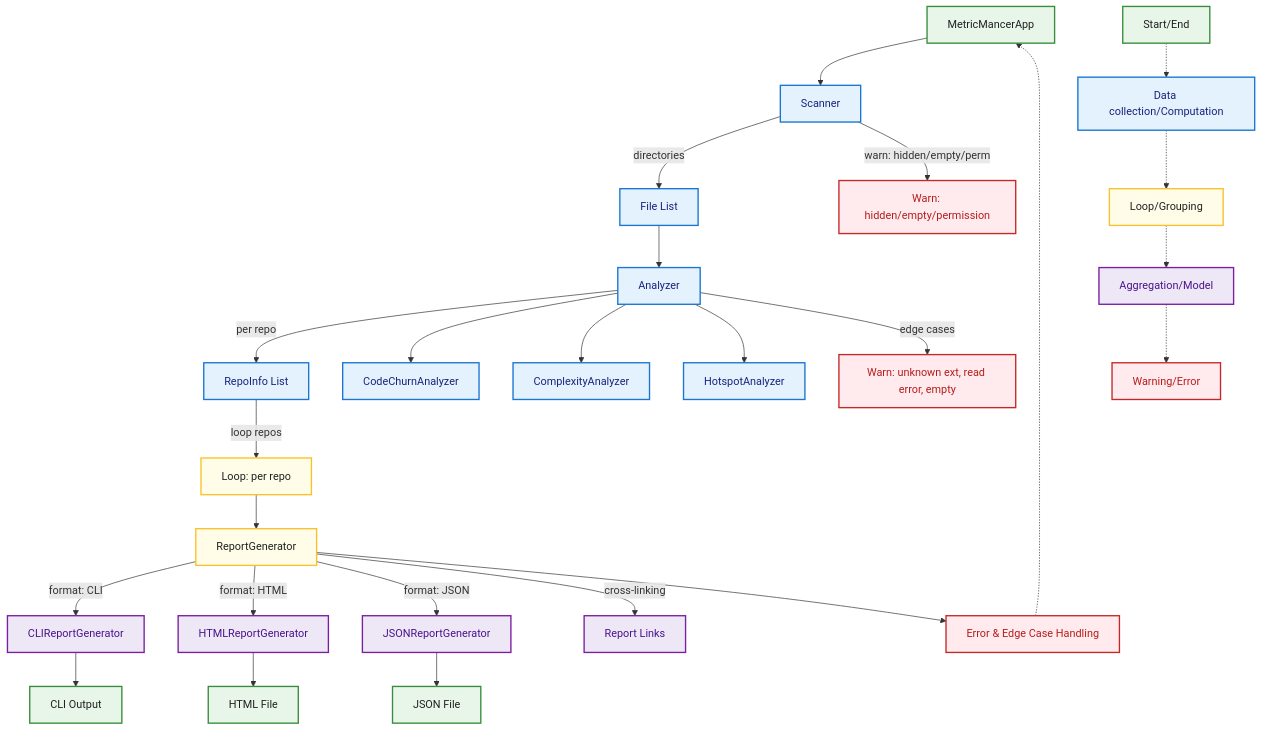
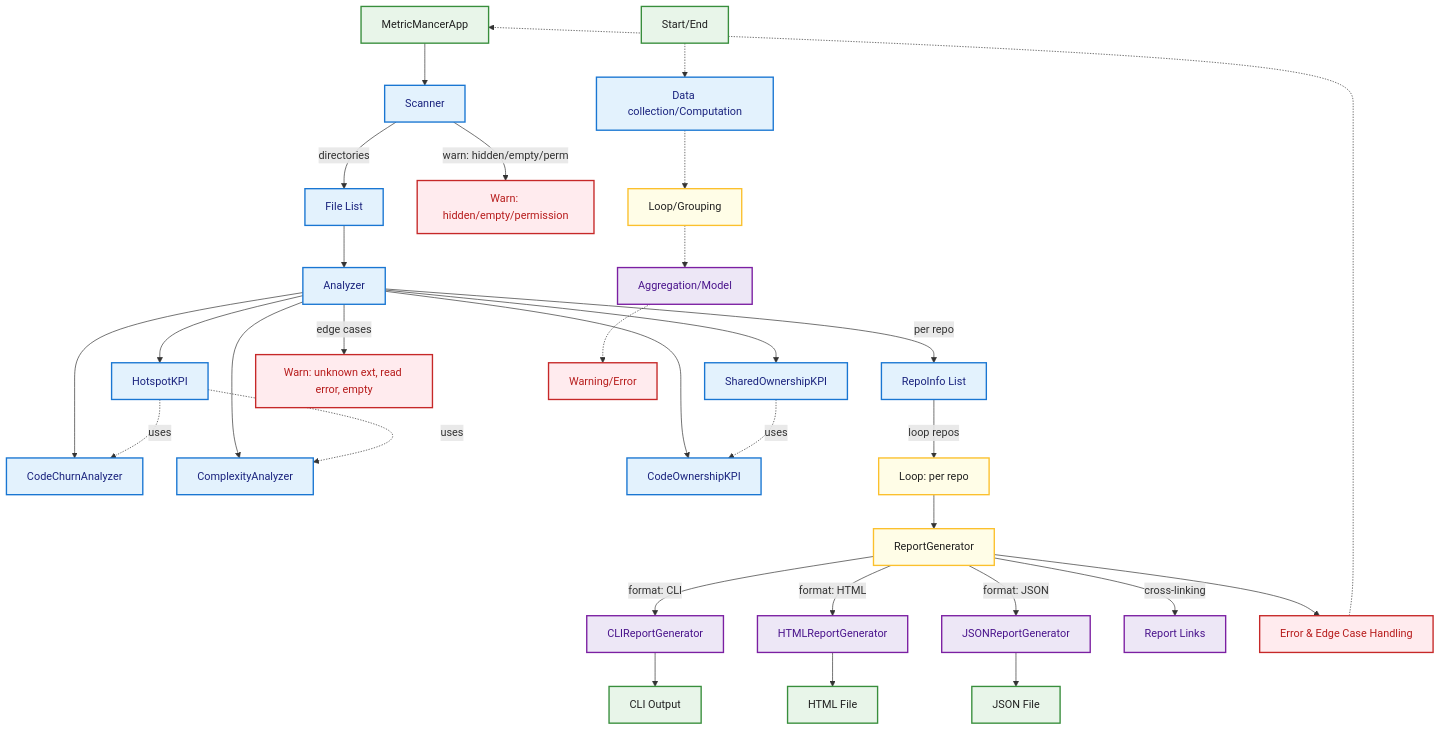
One commit to CmdrPrompt/MetricMancer changed the diagram in mermaid/1_overview.md. Above: the diagram before and after it, drawn with Mermaid. The commit also changed other lines of this file and 48 other files, not shown here.

First line of the commit message:
49 fix code churn implementation to align with your code as a crime scene (#50)

````diff
--- a/mermaid/1_overview.md
+++ b/mermaid/1_overview.md
@@ -14,55 +15,62 @@
 ```mermaid
 flowchart TD
     App[MetricMancerApp]
     App --> Scanner[Scanner]
     Scanner -->|"directories"| Files[File List]
     Files --> Analyzer[Analyzer]
     Analyzer -->|"per repo"| RepoInfos[RepoInfo List]
     Analyzer --> CodeChurn[CodeChurnAnalyzer]
     Analyzer --> Complexity[ComplexityAnalyzer]
-    Analyzer --> Hotspot[HotspotAnalyzer]
+    Analyzer --> CodeOwnership[CodeOwnershipKPI]
+    Analyzer --> SharedOwnership[SharedOwnershipKPI]
+    Analyzer --> Hotspot[HotspotKPI]
     Analyzer -->|"edge cases"| AnalyzerWarn[Warn: unknown ext, read error, empty]
     RepoInfos -->|"loop repos"| ReportGenLoop[Loop: per repo]
     ReportGenLoop --> ReportGenerator[ReportGenerator]
     ReportGenerator -->|"format: CLI"| CLIReport[CLIReportGenerator]
     ReportGenerator -->|"format: HTML"| HTMLReport[HTMLReportGenerator]
     ReportGenerator -->|"format: JSON"| JSONReport[JSONReportGenerator]
     CLIReport --> CLIOutput[CLI Output]
     HTMLReport --> HTMLOutput[HTML File]
     JSONReport --> JSONOutput[JSON File]
     ReportGenerator -->|"cross-linking"| CrossLinks[Report Links]
     ReportGenerator --> ErrorHandling[Error & Edge Case Handling]
     ErrorHandling -.-> App
     Scanner -->|"warn: hidden/empty/perm"| ScannerWarn[Warn: hidden/empty/permission]
+
+    %% Show KPI dependencies
+    Hotspot -.->|"uses"| Complexity
+    Hotspot -.->|"uses"| CodeChurn
+    SharedOwnership -.->|"uses"| CodeOwnership
 
     %% Legend
     LegendStart[Start/End]:::start
     LegendCalc[Data collection/Computation]:::calc
     LegendLoop[Loop/Grouping]:::loop
     LegendAgg[Aggregation/Model]:::agg
     LegendWarn[Warning/Error]:::warn
 
     LegendStart -.-> LegendCalc
     LegendCalc -.-> LegendLoop
     LegendLoop -.-> LegendAgg
     LegendAgg -.-> LegendWarn
 
     classDef start fill:#e8f5e9,stroke:#388e3c,stroke-width:2px,color:#212121;
     classDef calc fill:#e3f2fd,stroke:#1976d2,stroke-width:2px,color:#1a237e;
     classDef loop fill:#fffde7,stroke:#fbc02d,stroke-width:2px,color:#212121;
     classDef agg fill:#ede7f6,stroke:#7b1fa2,stroke-width:2px,color:#4a148c;
     classDef warn fill:#ffebee,stroke:#c62828,stroke-width:2px,color:#b71c1c;
 
     class LegendStart start;
     class LegendCalc calc;
     class LegendLoop loop;
     class LegendAgg agg;
     class LegendWarn warn;
 
     %% Main node color coding
     class App,CLIOutput,HTMLOutput,JSONOutput start;
-    class Scanner,Files,Analyzer,RepoInfos,CodeChurn,Complexity,Hotspot calc;
+    class Scanner,Files,Analyzer,RepoInfos,CodeChurn,Complexity,CodeOwnership,SharedOwnership,Hotspot calc;
     class ReportGenLoop,ReportGenerator loop;
     class CLIReport,HTMLReport,JSONReport,CrossLinks agg;
     class AnalyzerWarn,ScannerWarn,ErrorHandling warn;
 ```
````
